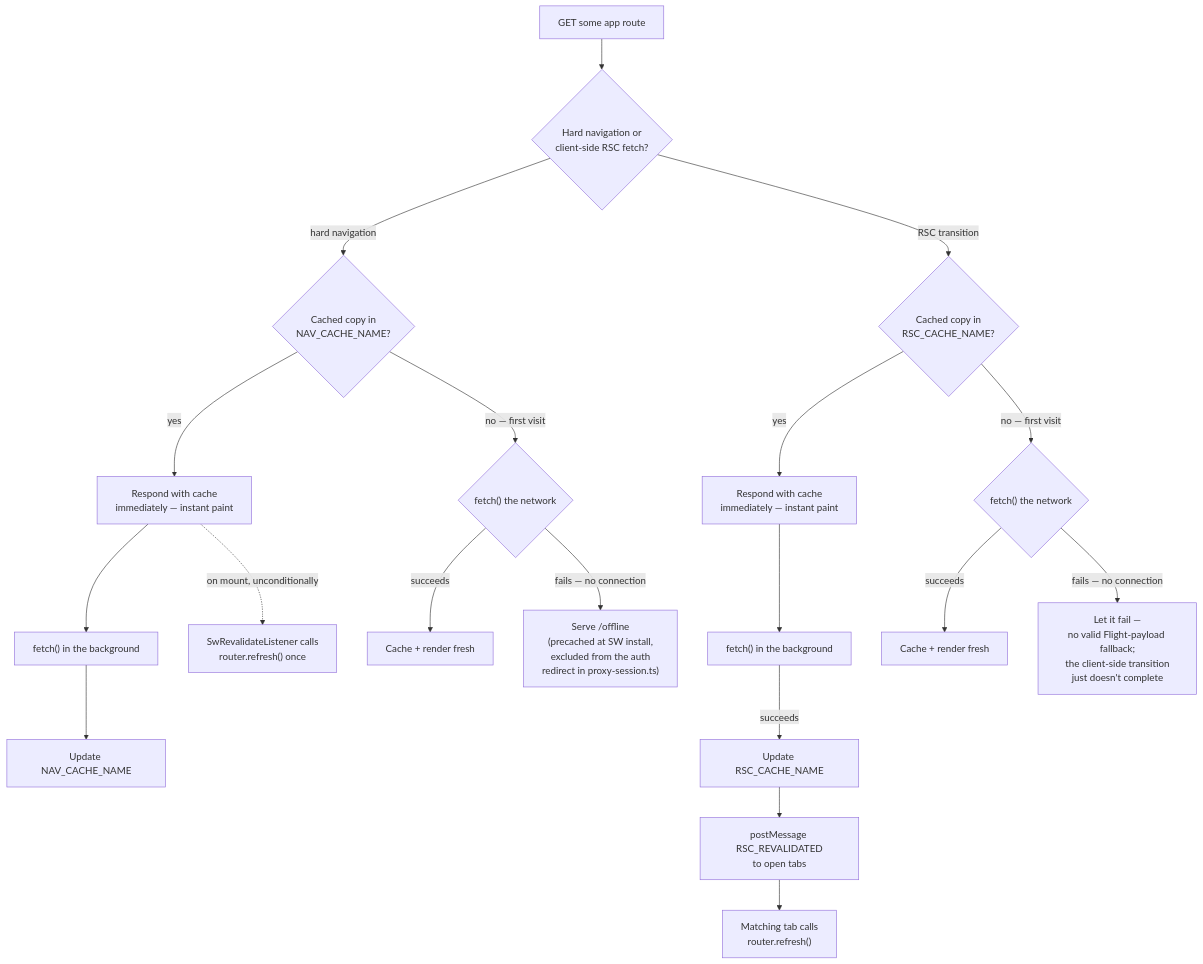
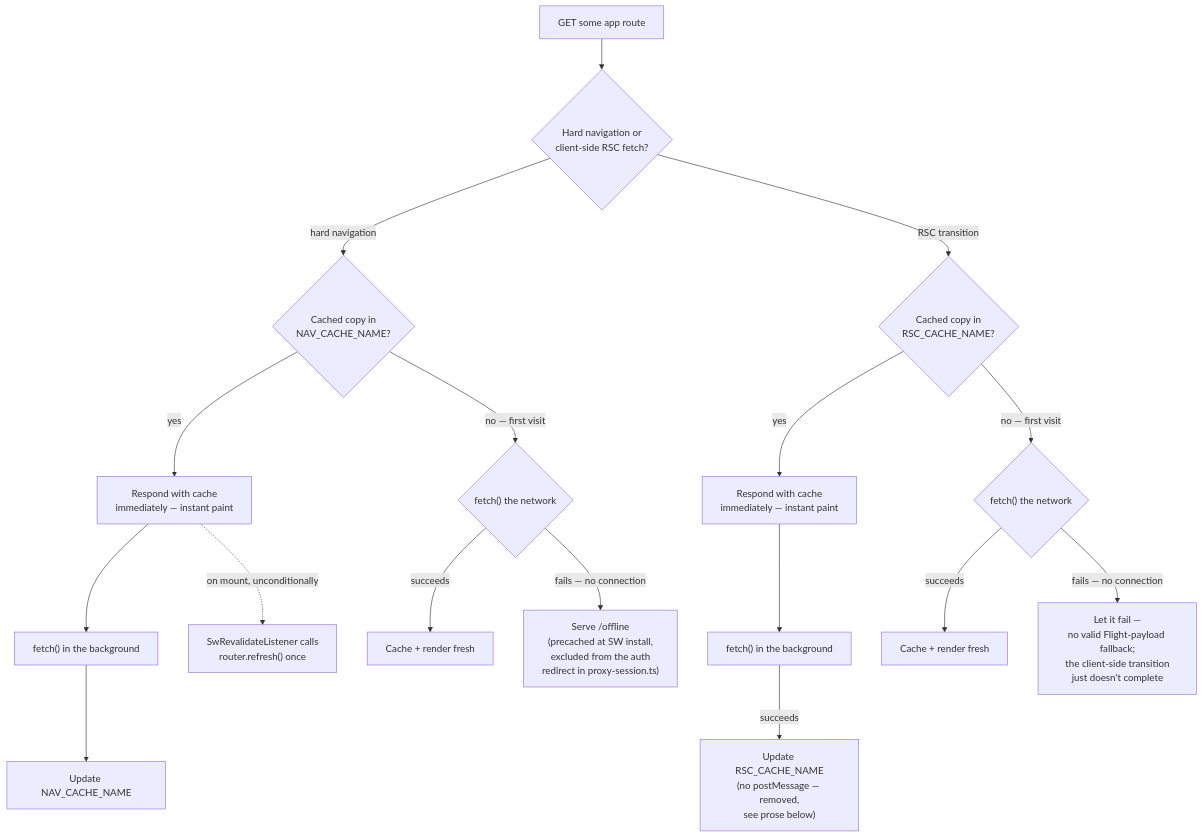
The second of 3 diagrams in docs/architecture.md (nielsvantslot/Birava), drawn with Mermaid before and after one commit. The commit also changed other lines of this file and 5 other files, not shown here.

````diff
--- a/docs/architecture.md
+++ b/docs/architecture.md
@@ -95,20 +97,20 @@
 ```mermaid
 flowchart TD
     Req["GET some app route"] --> Shape{"Hard navigation or<br/>client-side RSC fetch?"}
 
     Shape -->|"hard navigation"| Lookup{"Cached copy in<br/>NAV_CACHE_NAME?"}
     Lookup -->|yes| Paint["Respond with cache<br/>immediately — instant paint"]
     Paint --> BgFetch["fetch() in the background"] --> Store["Update NAV_CACHE_NAME"]
     Paint -.->|"on mount, unconditionally"| MountRefresh["SwRevalidateListener calls<br/>router.refresh() once"]
     Lookup -->|"no — first visit"| Fetch{"fetch() the network"}
     Fetch -->|succeeds| Render["Cache + render fresh"]
     Fetch -->|"fails — no connection"| Offline["Serve /offline<br/>(precached at SW install,<br/>excluded from the auth<br/>redirect in proxy-session.ts)"]
 
     Shape -->|"RSC transition"| RscLookup{"Cached copy in<br/>RSC_CACHE_NAME?"}
     RscLookup -->|yes| RscPaint["Respond with cache<br/>immediately — instant paint"]
     RscPaint --> RscBgFetch["fetch() in the background"]
-    RscBgFetch -->|succeeds| RscStore["Update RSC_CACHE_NAME"] --> Notify["postMessage RSC_REVALIDATED<br/>to open tabs"] --> Correct["Matching tab calls<br/>router.refresh()"]
+    RscBgFetch -->|succeeds| RscStore["Update RSC_CACHE_NAME<br/>(no postMessage — removed,<br/>see prose below)"]
     RscLookup -->|"no — first visit"| RscFetch{"fetch() the network"}
     RscFetch -->|succeeds| RscRender["Cache + render fresh"]
     RscFetch -->|"fails — no connection"| RscFail["Let it fail —<br/>no valid Flight-payload fallback;<br/>the client-side transition<br/>just doesn't complete"]
 ```
````
